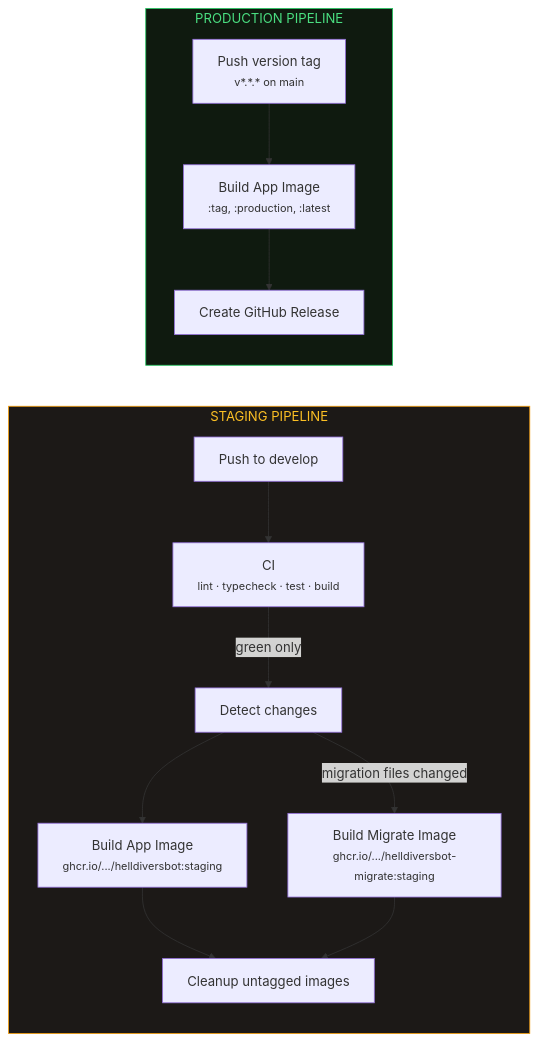
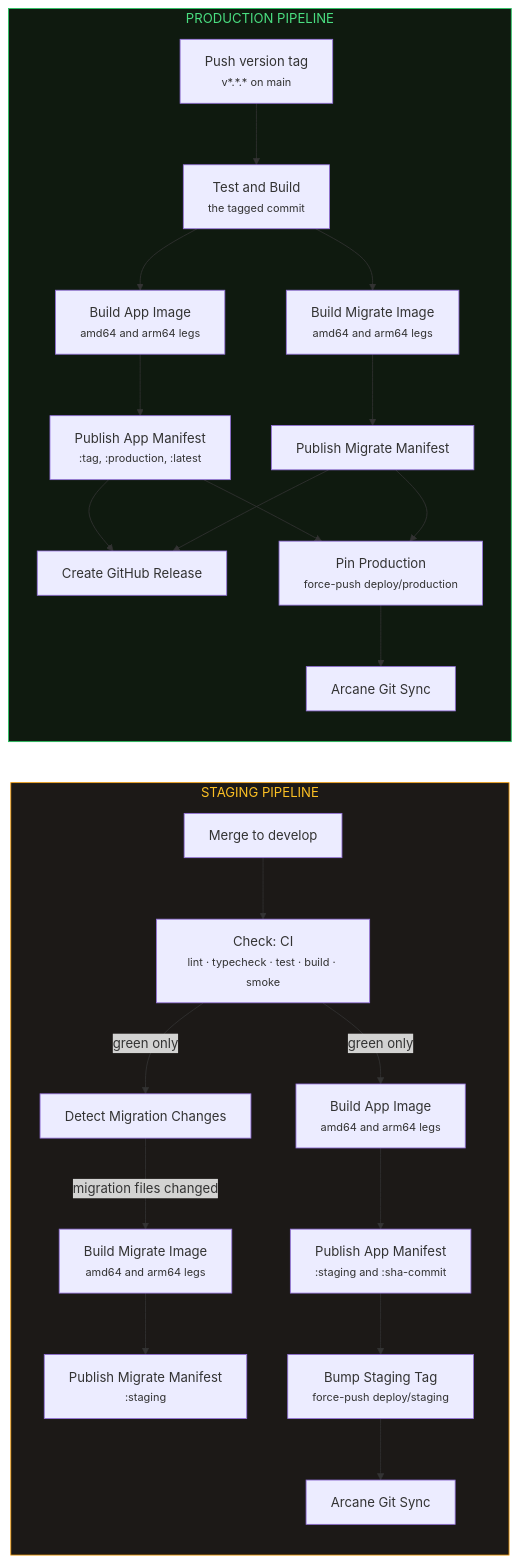
One commit to elfensky/helldivers.bot changed the second of 3 diagrams in src/app/docs/infrastructure/page.mdx. Above: the diagram before and after it, drawn with Mermaid. The commit also changed other lines of this file, not shown here.

First line of the commit message:
docs(infrastructure): workflows, init flow and env table match the repo (DOCS-02)

````diff
--- a/src/app/docs/infrastructure/page.mdx
+++ b/src/app/docs/infrastructure/page.mdx
@@ -212,19 +214,29 @@
 ```mermaid
 graph LR
     subgraph Staging["STAGING PIPELINE"]
-        PUSH["Push to develop"] --> CI["CI<br/><small>lint · typecheck · test · build</small>"]
-        CI -->|"green only"| CHANGES["Detect changes"]
-        CHANGES --> BUILD_APP["Build App Image<br/><small>ghcr.io/.../helldiversbot:staging</small>"]
-        CHANGES -->|"migration files changed"| BUILD_MIG["Build Migrate Image<br/><small>ghcr.io/.../helldiversbot-migrate:staging</small>"]
-        BUILD_APP --> CLEANUP["Cleanup untagged images"]
-        BUILD_MIG --> CLEANUP
+        PUSH["Merge to develop"] --> CI["Check: CI<br/><small>lint · typecheck · test · build · smoke</small>"]
+        CI -->|"green only"| DETECT["Detect Migration Changes"]
+        CI -->|"green only"| BUILD_APP["Build App Image<br/><small>amd64 and arm64 legs</small>"]
+        DETECT -->|"migration files changed"| BUILD_MIG["Build Migrate Image<br/><small>amd64 and arm64 legs</small>"]
+        BUILD_APP --> MERGE_APP["Publish App Manifest<br/><small>:staging and :sha-commit</small>"]
+        BUILD_MIG --> MERGE_MIG["Publish Migrate Manifest<br/><small>:staging</small>"]
+        MERGE_APP --> BUMP["Bump Staging Tag<br/><small>force-push deploy/staging</small>"]
+        BUMP --> ARC_S["Arcane Git Sync"]
     end
 
     subgraph Production["PRODUCTION PIPELINE"]
-        TAG["Push version tag<br/><small>v*.*.* on main</small>"] --> BUILD_PROD["Build App Image<br/><small>:tag, :production, :latest</small>"]
-        BUILD_PROD --> RELEASE["Create GitHub Release"]
+        TAG["Push version tag<br/><small>v*.*.* on main</small>"] --> VERIFY["Test and Build<br/><small>the tagged commit</small>"]
+        VERIFY --> BUILD_PROD["Build App Image<br/><small>amd64 and arm64 legs</small>"]
+        VERIFY --> BUILD_MIGP["Build Migrate Image<br/><small>amd64 and arm64 legs</small>"]
+        BUILD_PROD --> MERGE_PROD["Publish App Manifest<br/><small>:tag, :production, :latest</small>"]
+        BUILD_MIGP --> MERGE_MIGP["Publish Migrate Manifest"]
+        MERGE_PROD --> RELEASE["Create GitHub Release"]
+        MERGE_MIGP --> RELEASE
+        MERGE_PROD --> PIN["Pin Production<br/><small>force-push deploy/production</small>"]
+        MERGE_MIGP --> PIN
+        PIN --> ARC_P["Arcane Git Sync"]
     end
 
     style Staging fill:#1c1917,stroke:#f59e0b,color:#fbbf24
     style Production fill:#0f1a0f,stroke:#22c55e,color:#4ade80
 ```
````
